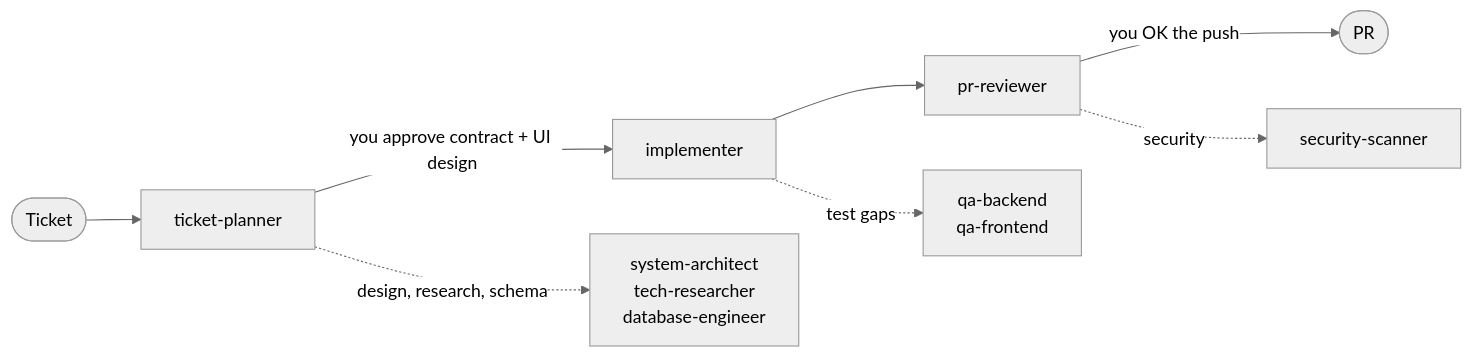
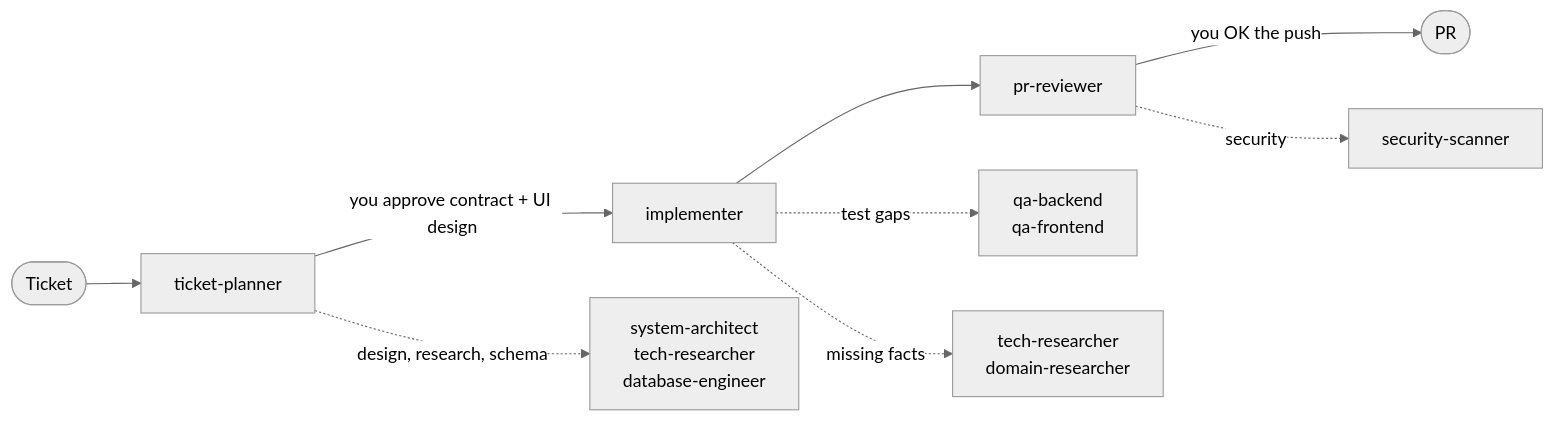
The diagram in README.md (kcayme/k-agents), drawn with Mermaid (neutral theme) before and after one commit. The commit also changed other lines of this file and 7 other files, not shown here.

Commit message:
feat: frame implementer and engineers as senior experts who can call tech or domain researchers for heavy gaps

````diff
--- a/README.md
+++ b/README.md
@@ -5,7 +5,8 @@
 ```mermaid
 flowchart LR
     T([Ticket]) --> TP[ticket-planner] -->|you approve contract + UI design| IM[implementer] --> RV[pr-reviewer] -->|you OK the push| PR([PR])
     TP -.->|design, research, schema| SP[system-architect<br/>tech-researcher<br/>database-engineer]
     IM -.->|test gaps| QA[qa-backend<br/>qa-frontend]
+    IM -.->|missing facts| RS[tech-researcher<br/>domain-researcher]
     RV -.->|security| SS[security-scanner]
 ```
````
